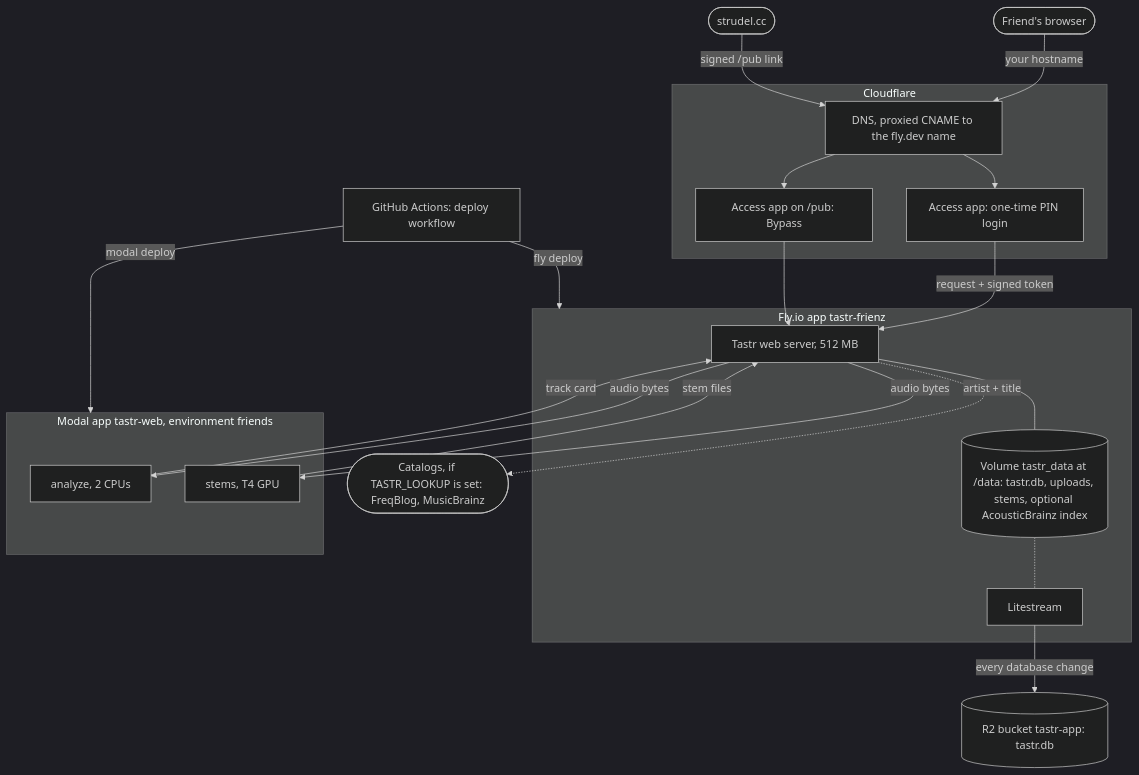
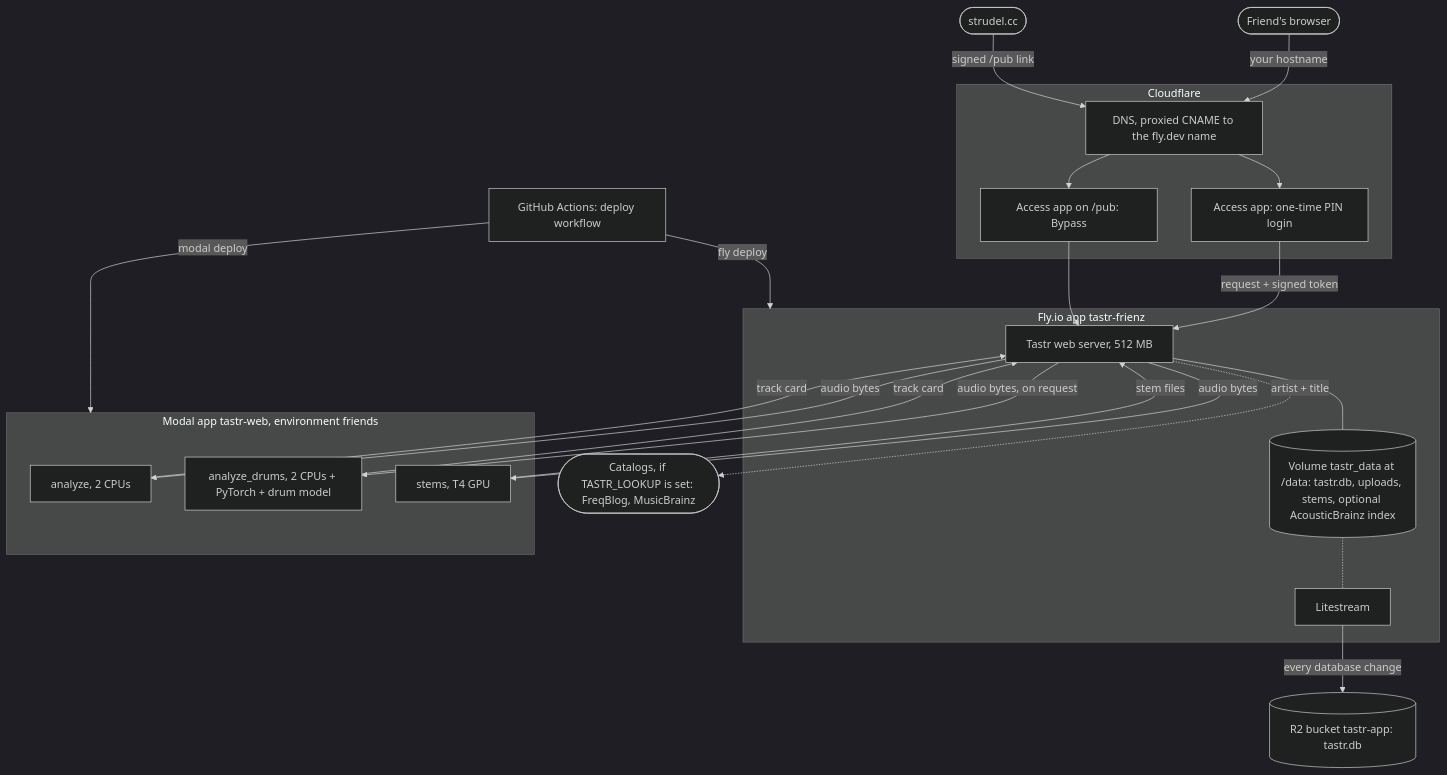
One commit to pocketIlmatto/tastr changed the first of 2 diagrams in docs/hosting-map.md. Above: the diagram before and after it, drawn with Mermaid (dark theme). The commit also changed other lines of this file and 19 other files, not shown here.

First line of the commit message:
Run the drum model only when asked: "Detect drums with the model" per track (#33)

````diff
--- a/docs/hosting-map.md
+++ b/docs/hosting-map.md
@@ -25,33 +25,35 @@
 ```mermaid
 flowchart TB
   F([Friend's browser])
   S([strudel.cc])
   subgraph CF[Cloudflare]
     DNS[DNS, proxied CNAME to the fly.dev name]
     ACC[Access app: one-time PIN login]
     BYP[Access app on /pub: Bypass]
   end
   subgraph FLY[Fly.io app tastr-frienz]
     WEB[Tastr web server, 512 MB]
     VOL[(Volume tastr_data at /data: tastr.db, uploads, stems, optional AcousticBrainz index)]
     LS[Litestream]
   end
   subgraph MOD[Modal app tastr-web, environment friends]
     AN[analyze, 2 CPUs]
+    AD[analyze_drums, 2 CPUs + PyTorch + drum model]
     ST[stems, T4 GPU]
   end
   R2[(R2 bucket tastr-app: tastr.db)]
   GH[GitHub Actions: deploy workflow]
   CAT([Catalogs, if TASTR_LOOKUP is set: FreqBlog, MusicBrainz])
 
   F -->|your hostname| DNS --> ACC -->|request + signed token| WEB
   S -->|signed /pub link| DNS --> BYP --> WEB
   WEB --- VOL
   VOL -.- LS
   LS -->|every database change| R2
   WEB -->|audio bytes| AN -->|track card| WEB
+  WEB -->|audio bytes, on request| AD -->|track card| WEB
   WEB -->|audio bytes| ST -->|stem files| WEB
   WEB -.->|artist + title| CAT
   GH -->|modal deploy| MOD
   GH -->|fly deploy| FLY
 ```
````
